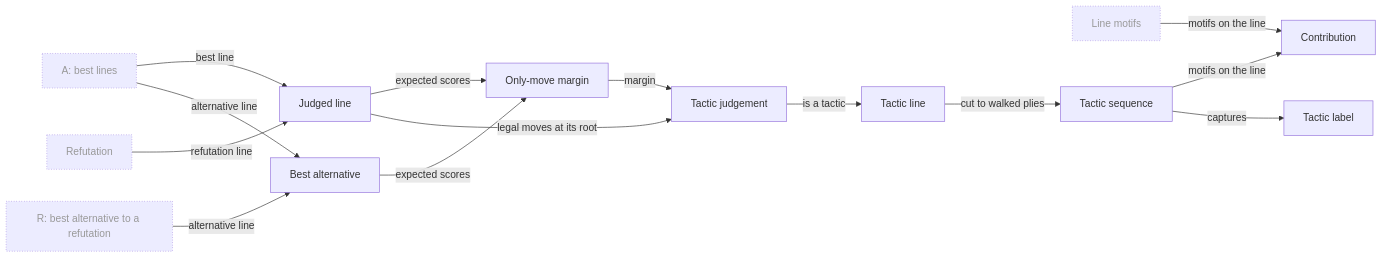
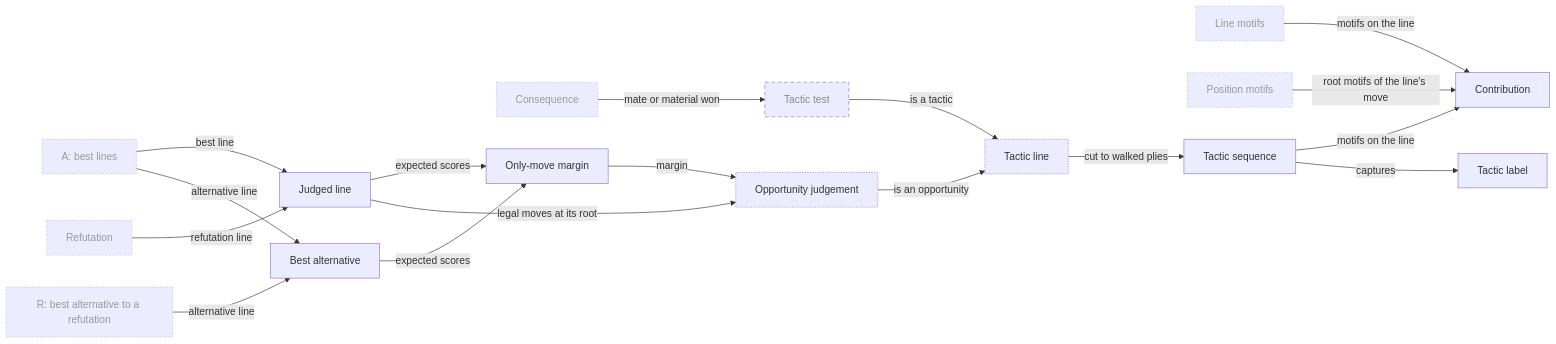
The seventh of 22 diagrams in Planning/DBC/CONCEPTS.md (aurja/ChessWhy), drawn with Mermaid before and after one commit. The commit also changed other lines of this file and 8 other files, not shown here.

First line of the commit message:
M4 contract draft: playable moves and move reports; renumber M4-M7

````diff
--- a/Planning/DBC/CONCEPTS.md
+++ b/Planning/DBC/CONCEPTS.md
@@ -299,29 +310,37 @@
 ```mermaid
 flowchart LR
     SearchA["A: best lines"]
     SearchR["R: best alternative to a refutation"]
     Refutation["Refutation"]
     LineMotifs["Line motifs"]
+    PositionMotifs["Position motifs"]
+    Consequence["Consequence"]
     JudgedLine["Judged line"]
     BestAlternative["Best alternative"]
     OnlyMoveMargin["Only-move margin"]
-    TacticJudgement["Tactic judgement"]
+    OpportunityJudgement["Opportunity judgement"]
+    TacticTest["Tactic test"]
     TacticLine["Tactic line"]
     TacticSequence["Tactic sequence"]
     Contribution["Contribution"]
     TacticLabel["Tactic label"]
     SearchA -->|best line| JudgedLine
     Refutation -->|refutation line| JudgedLine
     SearchA & SearchR -->|alternative line| BestAlternative
     JudgedLine & BestAlternative -->|expected scores| OnlyMoveMargin
-    OnlyMoveMargin -->|margin| TacticJudgement
-    JudgedLine -->|legal moves at its root| TacticJudgement
-    TacticJudgement -->|is a tactic| TacticLine
+    OnlyMoveMargin -->|margin| OpportunityJudgement
+    JudgedLine -->|legal moves at its root| OpportunityJudgement
+    Consequence -->|mate or material won| TacticTest
+    OpportunityJudgement -->|is an opportunity| TacticLine
+    TacticTest -->|is a tactic| TacticLine
     TacticLine -->|cut to walked plies| TacticSequence
     TacticSequence & LineMotifs -->|motifs on the line| Contribution
+    PositionMotifs -->|root motifs of the line's move| Contribution
     TacticSequence -->|captures| TacticLabel
     classDef planned stroke-dasharray:6 4,color:#888
     classDef partial stroke-dasharray:2 2
     classDef external stroke-dasharray:1 3,color:#999
-    class SearchA,SearchR,Refutation,LineMotifs external
+    class SearchA,SearchR,Refutation,LineMotifs,PositionMotifs,Consequence external
+    class OpportunityJudgement,TacticLine partial
+    class TacticTest planned
 ```
````
